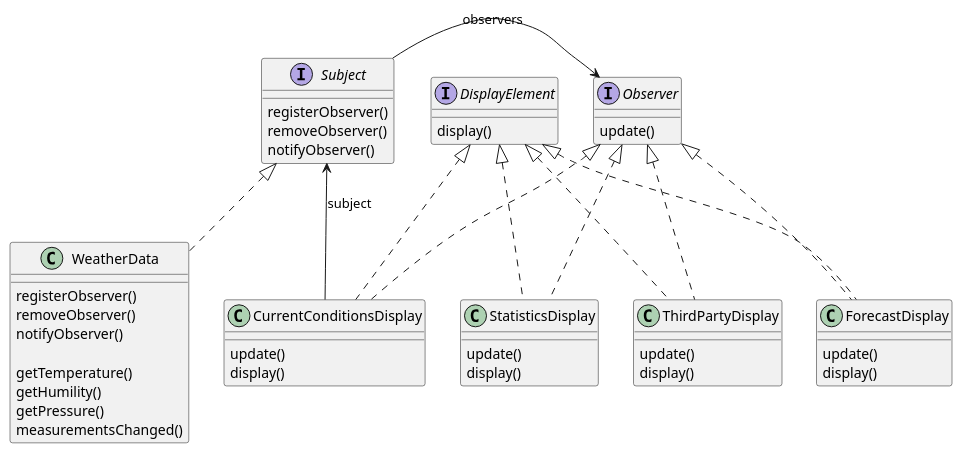
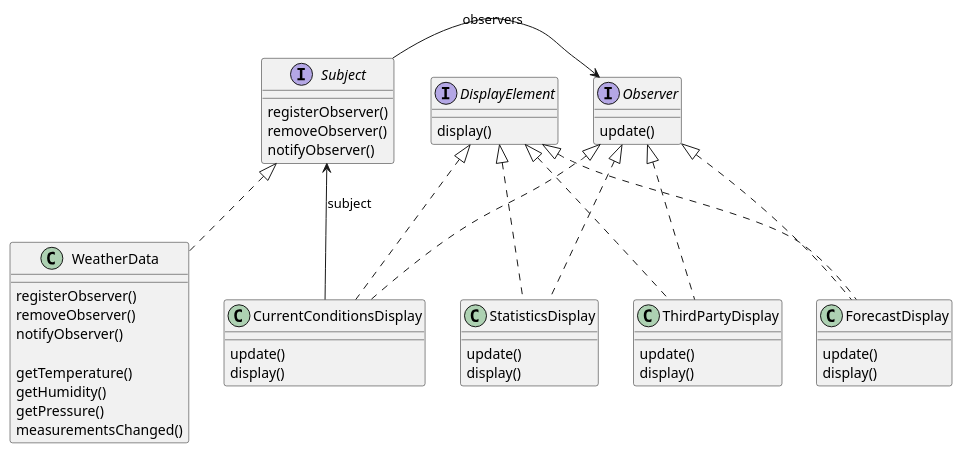
Before and after one commit to khoivudev/observer-pattern-example: the diagram in desgin/class_diagram.puml, drawn with PlantUML. The commit also changed 8 other files, not shown here.

```diff
--- a/desgin/class_diagram.puml
+++ b/desgin/class_diagram.puml
@@ -1,50 +1,50 @@
 @startuml
 interface Subject {
     registerObserver()
     removeObserver()
     notifyObserver()
 }
 
 class WeatherData implements Subject {
     registerObserver()
     removeObserver()
     notifyObserver()
 
     getTemperature()
-    getHumility()
+    getHumidity()
     getPressure()
     measurementsChanged()
 }
 
 interface Observer {
     update()
 }
 
 interface DisplayElement {
     display()
 }
 
 class CurrentConditionsDisplay implements DisplayElement,Observer {
     update()
     display()
 }
 
 class StatisticsDisplay implements DisplayElement,Observer {
     update()
     display()
 }
 
 class ForecastDisplay implements DisplayElement,Observer {
     update()
     display()
 }
 
 class ThirdPartyDisplay implements DisplayElement,Observer {
     update()
     display()
 }
 
 Subject -> Observer : observers
 CurrentConditionsDisplay -> Subject : subject
 
 @enduml
```
